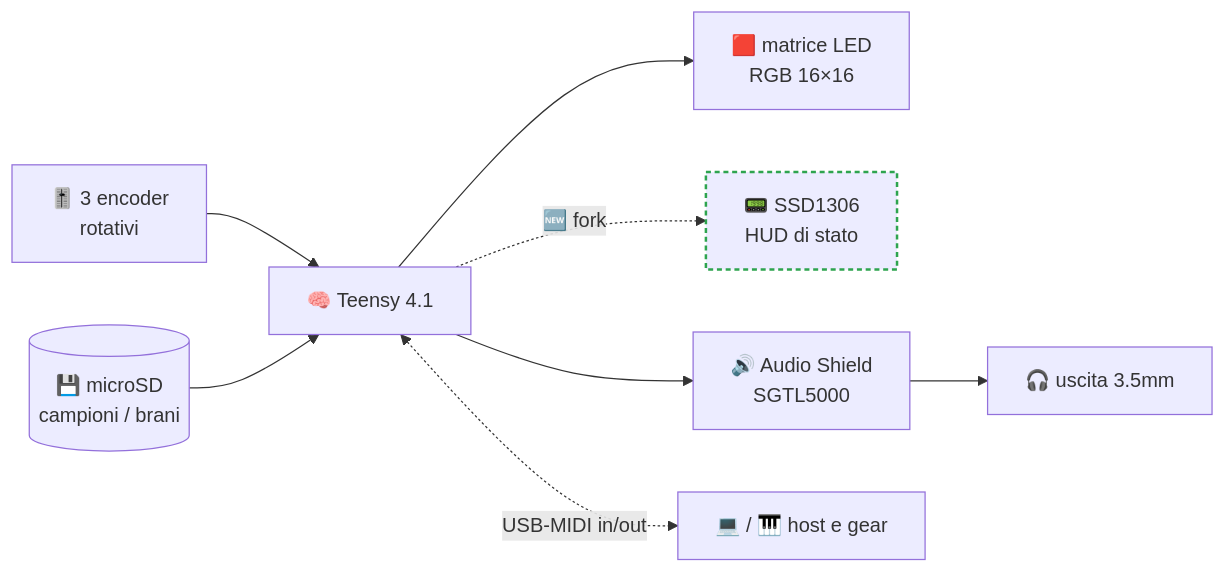
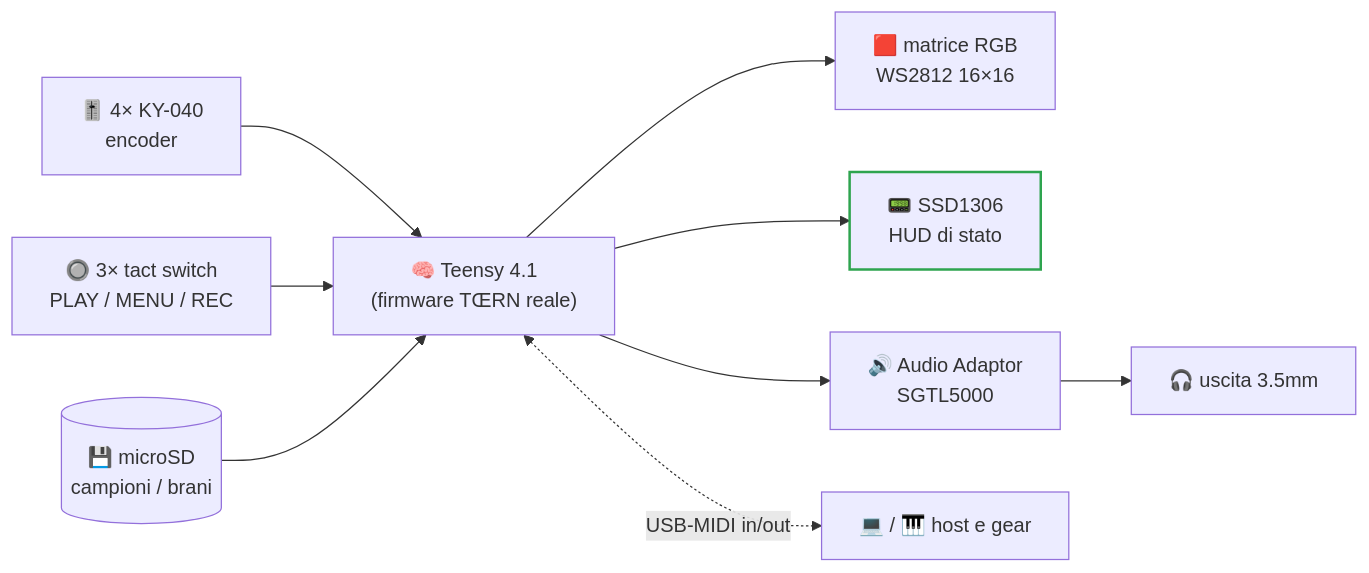
The first of 2 diagrams in README.it.md (luigismith/ichosynth), drawn with Mermaid before and after one commit. The commit also changed other lines of this file and 17 other files, not shown here.

````diff
--- a/README.it.md
+++ b/README.it.md
@@ -120,12 +137,13 @@
 ```mermaid
 flowchart LR
-    ENC["🎚️ 3 encoder<br/>rotativi"] --> T["🧠 Teensy 4.1"]
+    ENC["🎚️ 4× KY-040<br/>encoder"] --> T["🧠 Teensy 4.1<br/>(firmware TŒRN reale)"]
+    BTN["🔘 3× tact switch<br/>PLAY / MENU / REC"] --> T
     SD[("💾 microSD<br/>campioni / brani")] --> T
-    T --> LED["🟥 matrice LED<br/>RGB 16×16"]
-    T -. "🆕 fork" .-> OLED["📟 SSD1306<br/>HUD di stato"]
-    T --> AUDIO["🔊 Audio Shield<br/>SGTL5000"]
+    T --> LED["🟥 matrice RGB<br/>WS2812 16×16"]
+    T --> OLED["📟 SSD1306<br/>HUD di stato"]
+    T --> AUDIO["🔊 Audio Adaptor<br/>SGTL5000"]
     AUDIO --> JACK["🎧 uscita 3.5mm"]
     T <-. "USB-MIDI in/out" .-> HOST["💻 / 🎹 host e gear"]
 
-    style OLED stroke:#2ea44f,stroke-width:2px,stroke-dasharray:4 3
+    style OLED stroke:#2ea44f,stroke-width:2px
 ```
````
